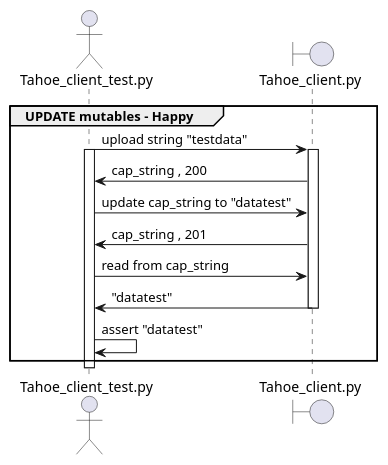
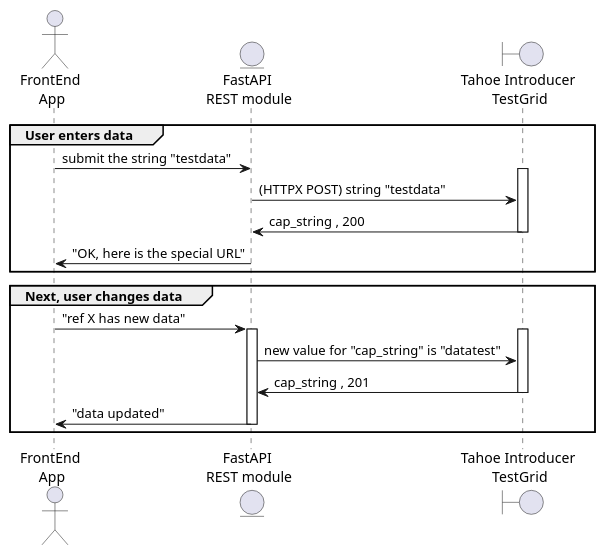
The diagram in docs/source/diagrams/update.puml (private-facts/private-facts), drawn with PlantUML before and after one commit. The commit also changed 1 other file, not shown here.

Commit message:
Update diagram for CREATE and UPDATE
The goal is to illustrate the REST transactions.
TODO: copy over to the FastAPI repo.

```diff
--- a/docs/source/diagrams/update.puml
+++ b/docs/source/diagrams/update.puml
@@ -1,19 +1,26 @@
 @startuml
 
-actor "Tahoe_client_test.py" as pf
-Boundary "Tahoe_client.py" as tahoe
+Actor "FrontEnd \nApp" as user
+entity "FastAPI \nREST module" as pf
+Boundary "Tahoe Introducer \nTestGrid" as tahoe
 
-group UPDATE mutables - Happy
-    pf -> tahoe : upload string "testdata"
+group User enters data
+    user -> pf : submit the string "testdata"
+    activate tahoe
+    pf -> tahoe : (HTTPX POST) string "testdata"
+    tahoe -> pf :  cap_string , 200
+    deactivate tahoe
+    pf -> user : "OK, here is the special URL"
+end
+
+group Next, user changes data
+    user -> pf : "ref X has new data"
     activate pf
         activate tahoe
-        tahoe -> pf :  cap_string , 200
-        pf -> tahoe : update cap_string to "datatest"
+        pf -> tahoe : new value for "cap_string" is "datatest"
         tahoe -> pf : cap_string , 201
-        pf -> tahoe : read from cap_string
-        tahoe -> pf: "datatest"
         deactivate tahoe
-        pf -> pf : assert "datatest"
+        pf -> user : "data updated"
+    deactivate pf
 end
-    deactivate pf
 @enduml
```
